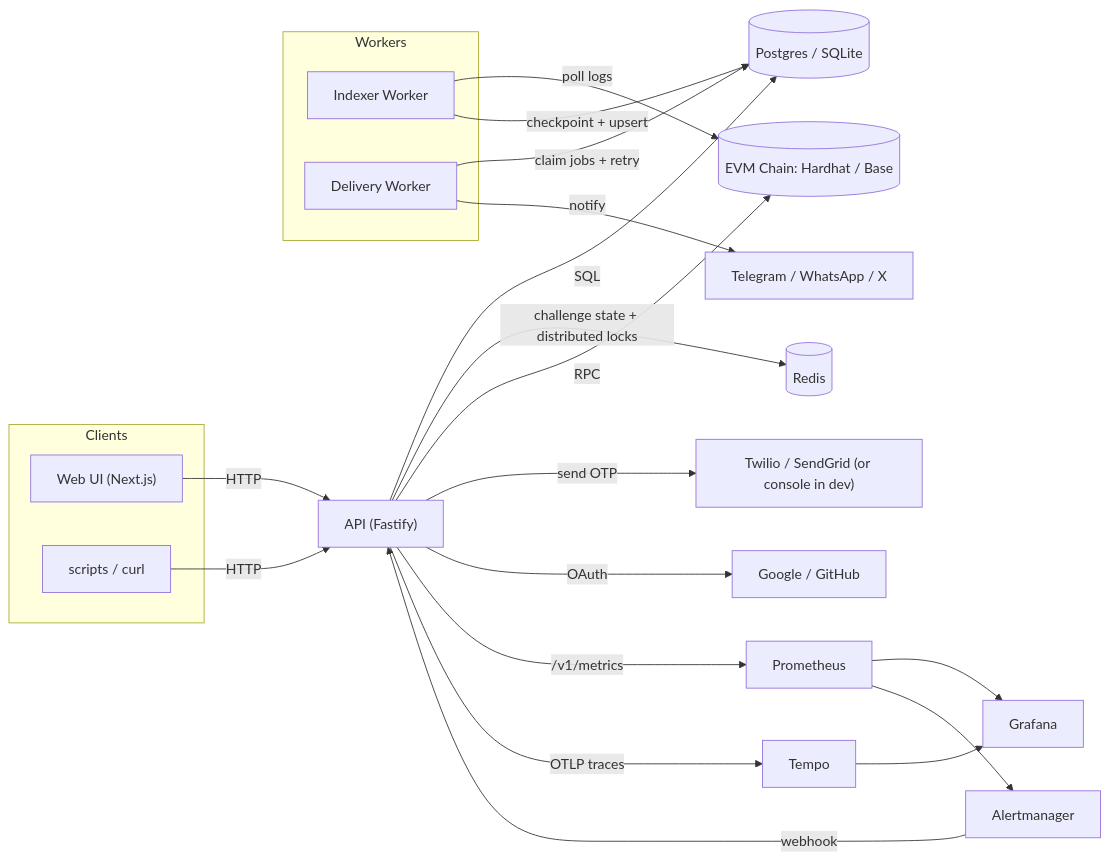
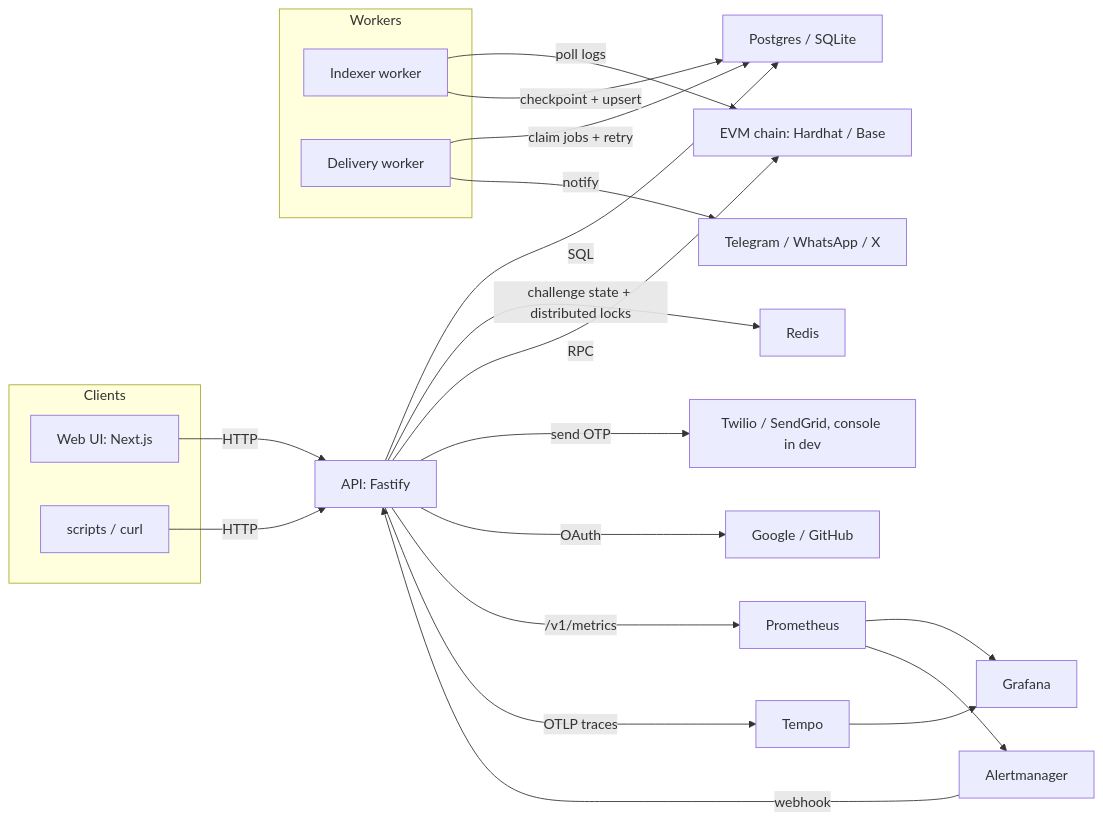
One commit to gary322/Multi-Messaging-Paid changed the first of 14 diagrams in README.md. Above: the diagram before and after it, drawn with Mermaid. The commit also changed other lines of this file, not shown here.

Commit message:
Docs: make all Mermaid diagrams GitHub-compatible

````diff
--- a/README.md
+++ b/README.md
@@ -129,37 +129,35 @@
 ```mermaid
 flowchart LR
-  subgraph Clients
-    WEB["Web UI (Next.js)"]
-    SCRIPTS[scripts / curl]
+  subgraph Clients["Clients"]
+    WEB["Web UI: Next.js"]
+    SCRIPTS["scripts / curl"]
   end
 
-  WEB -->|HTTP| API["API (Fastify)"]
+  WEB -->|HTTP| API["API: Fastify"]
   SCRIPTS -->|HTTP| API
 
-  API -->|SQL| DB[(Postgres / SQLite)]
-  API -->|challenge state + distributed locks| R[(Redis)]
+  API -->|SQL| DB["Postgres / SQLite"]
+  API -->|challenge state + distributed locks| R["Redis"]
+  API -->|RPC| CHAIN["EVM chain: Hardhat / Base"]
 
-  API -->|RPC| CHAIN[(EVM Chain: Hardhat / Base)]
-
-  %% Workers are separate processes from the same @mmp/api codebase.
-  subgraph Workers
-    IDX[Indexer Worker]
-    DLW[Delivery Worker]
+  subgraph Workers["Workers"]
+    IDX["Indexer worker"]
+    DLW["Delivery worker"]
   end
 
   IDX -->|poll logs| CHAIN
   IDX -->|checkpoint + upsert| DB
 
   DLW -->|claim jobs + retry| DB
   DLW -->|notify| PROVIDERS["Telegram / WhatsApp / X"]
 
-  API -->|send OTP| OTP["Twilio / SendGrid (or console in dev)"]
+  API -->|send OTP| OTP["Twilio / SendGrid, console in dev"]
   API -->|OAuth| OAUTH["Google / GitHub"]
 
-  API -->|/v1/metrics| PROM[Prometheus]
-  API -->|OTLP traces| TEMPO[Tempo]
-  PROM --> GRAF[Grafana]
+  API -->|/v1/metrics| PROM["Prometheus"]
+  API -->|OTLP traces| TEMPO["Tempo"]
+  PROM --> GRAF["Grafana"]
   TEMPO --> GRAF
-  PROM --> AM[Alertmanager]
+  PROM --> AM["Alertmanager"]
   AM -->|webhook| API
 ```
````
